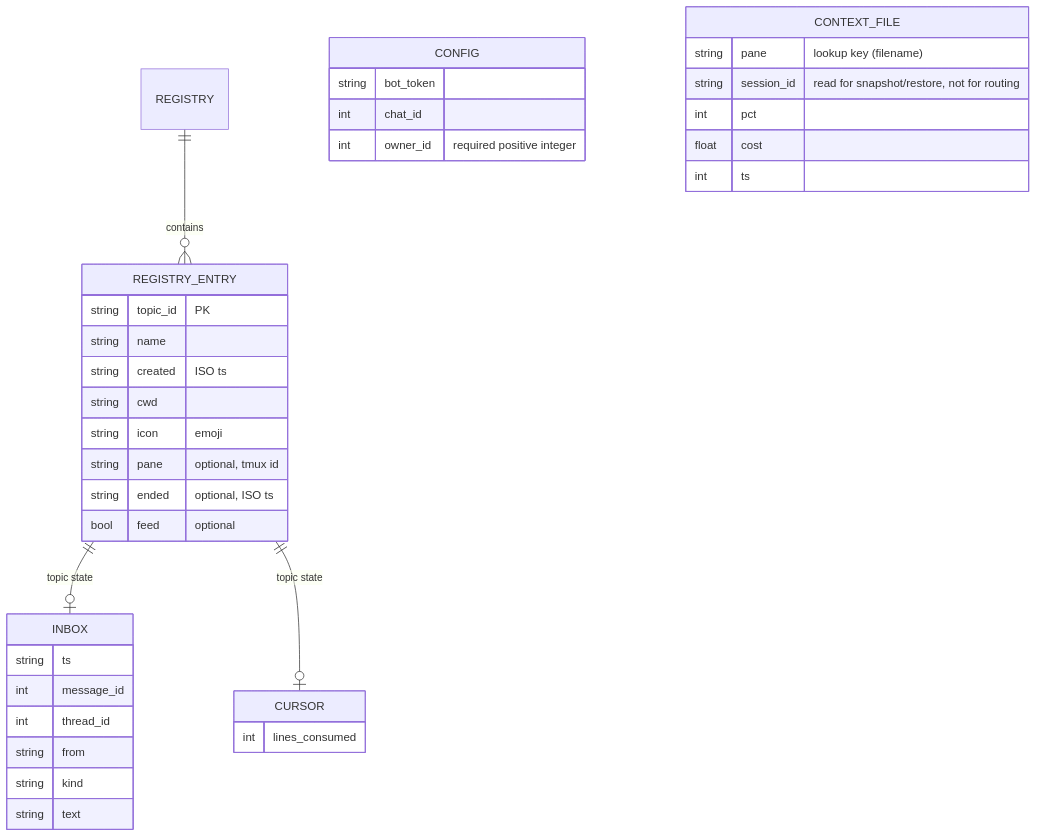
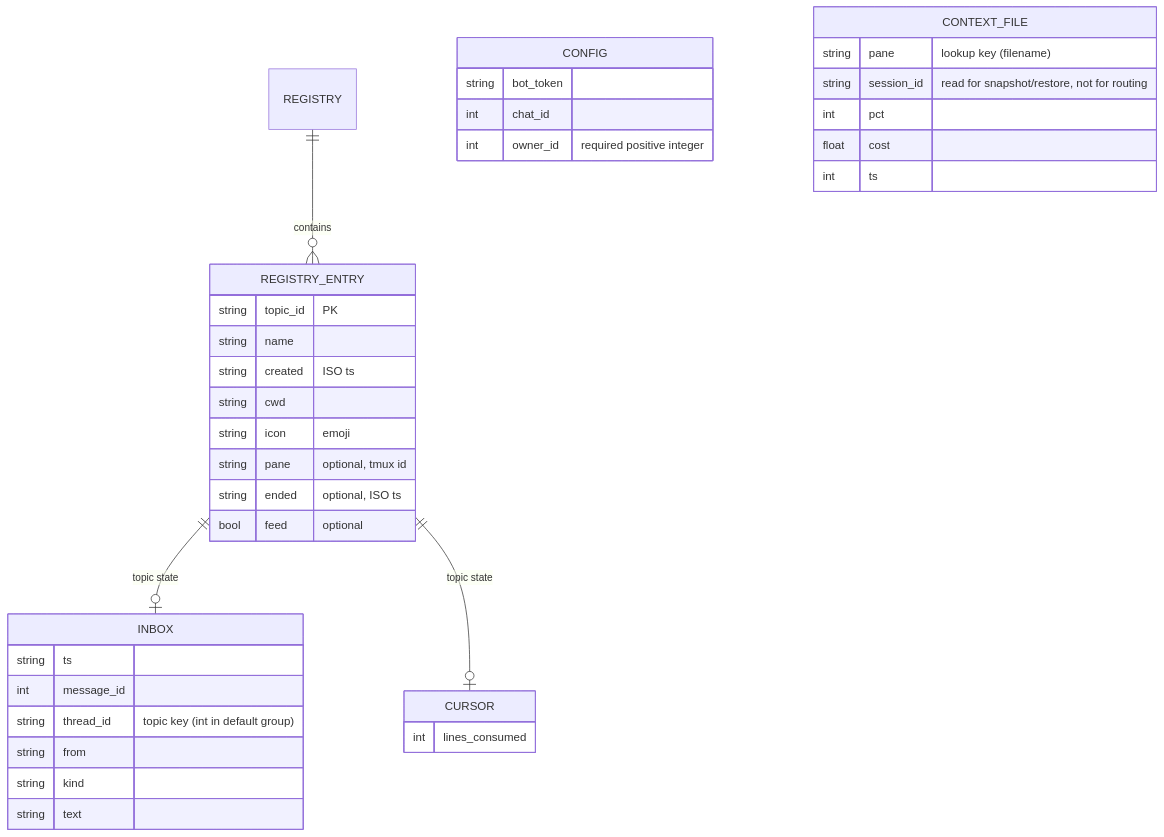
Before and after one commit to fedoseevstanislav/agent-telegram-bridge: the second of 5 diagrams in docs/SPECIFICATION.md, drawn with Mermaid. The commit also changed other lines of this file and 17 other files, not shown here.

````diff
--- a/docs/SPECIFICATION.md
+++ b/docs/SPECIFICATION.md
@@ -82,39 +82,39 @@
 ```mermaid
 erDiagram
     REGISTRY ||--o{ REGISTRY_ENTRY : contains
     REGISTRY_ENTRY ||--o| INBOX : "topic state"
     REGISTRY_ENTRY ||--o| CURSOR : "topic state"
     REGISTRY_ENTRY {
         string topic_id "PK"
         string name
         string created "ISO ts"
         string cwd
         string icon "emoji"
         string pane "optional, tmux id"
         string ended "optional, ISO ts"
         bool feed "optional"
     }
     INBOX {
         string ts
         int message_id
-        int thread_id
+        string thread_id "topic key (int in default group)"
         string from
         string kind
         string text
     }
     CURSOR {
         int lines_consumed
     }
     CONFIG {
         string bot_token
         int chat_id
         int owner_id "required positive integer"
     }
     CONTEXT_FILE {
         string pane "lookup key (filename)"
         string session_id "read for snapshot/restore, not for routing"
         int pct
         float cost
         int ts
     }
 ```
````
